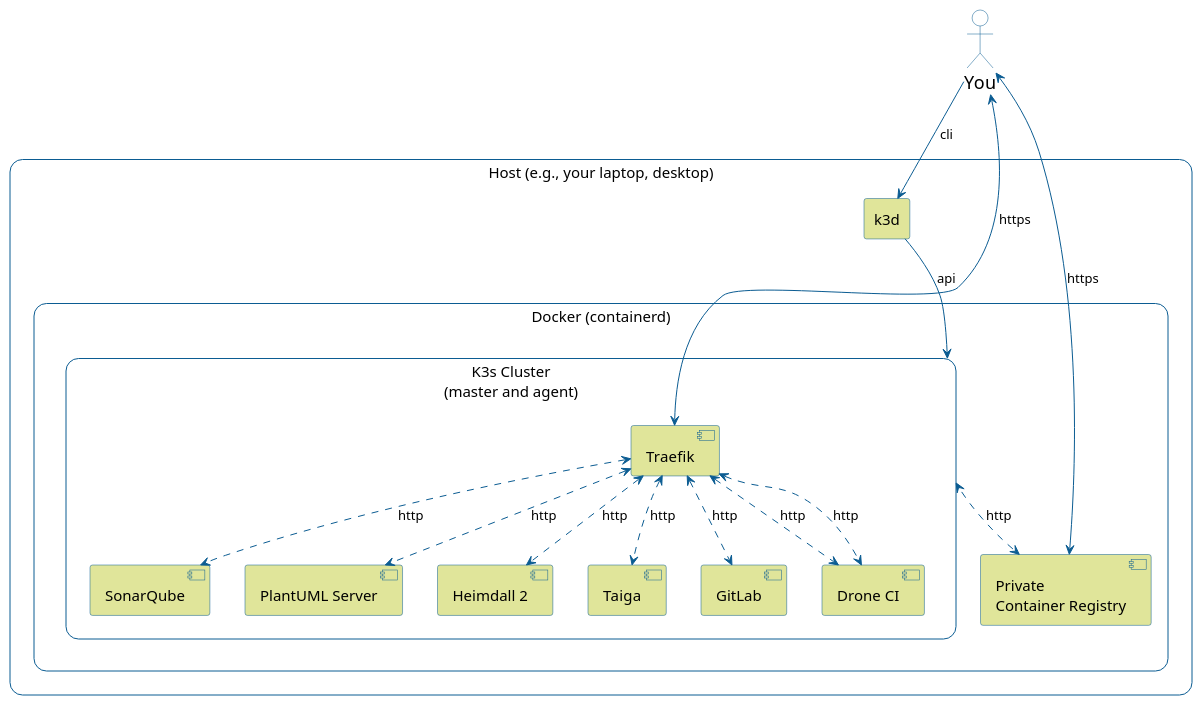
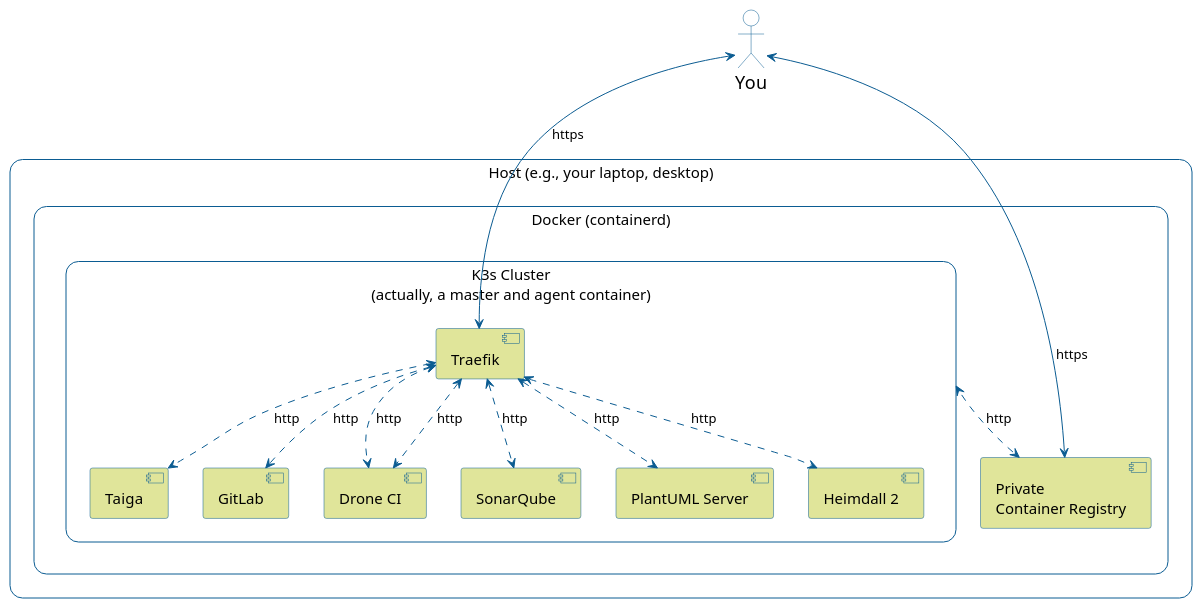
Before and after one commit to nemonik/hands-on-DevOps-gen2: the diagram in plantuml/deployment.puml, drawn with PlantUML.

```diff
--- a/plantuml/deployment.puml
+++ b/plantuml/deployment.puml
@@ -1,95 +1,89 @@
 @startuml
 skinparam shadowing false
 
 skinparam actor {
   BorderColor #0B5C92
   BackgroundColor none
   FontStyle "Thin"
   FontSize 18
 }
 
 skinparam node {
   BorderColor #0B5C92
   BackgroundColor #ffffff
   FontStyle "Thin"
   FontSize 15
 }
 
 skinparam rectangle {
   roundCorner 25
   BorderColor #0B5C92
   BackgroundColor #ffffff
   FontStyle "Thin"
   FontSize 15
 }
 
 skinparam component {
   BorderColor #0B5C92
   BackgroundColor #e0e59a
   FontStyle "Thin"
   FontSize 15
 }
 
 skinparam agent {
   BorderColor #0B5C92
   BackgroundColor #e0e59a
   FontStyle "Thin"
   FontSize 15
 }
 
 
 skinparam note {
   BorderColor #0B5C92
   BackgroundColor #FEFECE
   FontStyle "Thin"
   FontSize 15
 }
 
 skinparam database {
   BorderColor #0B5C92
   BackgroundColor #e0e59a
   FontStyle "Thin"
   FontSize 15
 }
 
 actor "You" as you
 
-rectangle "Host (e.g., your laptop, desktop)" {
+rectangle "Host (e.g., your laptop, desktop)" as host {
 
   rectangle "Docker (containerd)" {
 
-    rectangle "K3s Cluster\n(master and agent)" as k3s {
+    rectangle "K3s Cluster\n(actually, a master and agent container)" as k3s {
       component "Traefik" as traefik
       component "Taiga" as taiga
       component "GitLab" as gitlab
       component "Drone CI" as drone
       component "SonarQube" as sonarqube
       component "PlantUML Server" as plantuml_server
       component "Heimdall 2" as heimdall2
+
     }
 
     component "Private\nContainer Registry" as private_registry
   }
-
-  agent "k3d" as k3d
 }
-
-
 
 traefik <.[#0B5C92]d.> gitlab : http
 traefik <.[#0B5C92]d.> drone : http
 traefik <.[#0B5C92]d.> taiga : http
 traefik <.[#0B5C92]d.> plantuml_server : http
 traefik <.[#0B5C92]d.> drone : http
 traefik <.[#0B5C92]d.> sonarqube : http
 traefik <.[#0B5C92]d.> heimdall2 : http
 
 k3s <.[#0B5C92]d.> private_registry : http
 
 you <-[#0B5C92]d-> private_registry : https
 you <-[#0B5C92]d-> traefik : https
 
-you -[#0B5C92]d-> k3d : cli
-k3d -[#0B5C92]d-> k3s : api
-
 @enduml
```
